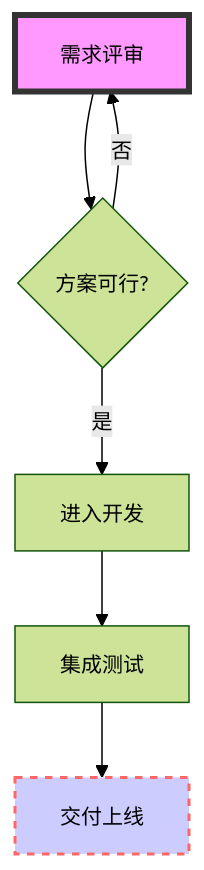
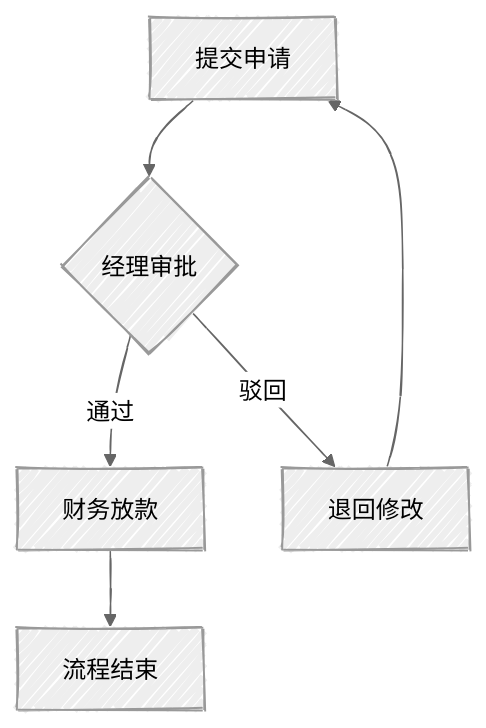
One commit to itrilogy/smart-qc-studio changed the first of 19 diagrams in protocol/segments/mermaid.md. Above: the diagram before and after it, drawn with Mermaid. The commit also changed other lines of this file and 32 other files, not shown here.

````diff
--- a/protocol/segments/mermaid.md
+++ b/protocol/segments/mermaid.md
@@ -43,12 +61,9 @@
 ```mermaid
-%%{init: {"theme": "forest", "themeVariables": {"fontSize": "14px"}}}%%
+%%{init: {"theme": "neutral", "look": "handDrawn"}}%%
 graph TD
-    A[需求评审] --> B{方案可行?}
-    B -- 否 --> A
-    B -- 是 --> C[进入开发]
-    C --> D[集成测试]
-    D --> E[交付上线]
-
-    style A fill:#f9f,stroke:#333,stroke-width:4px
-    style E fill:#ccf,stroke:#f66,stroke-width:2px,stroke-dasharray: 5 5
+    A[提交申请] --> B{经理审批}
+    B -- "通过" --> C[财务放款]
+    B -- "驳回" --> D[退回修改]
+    D --> A
+    C --> E[流程结束]
 ```
````
